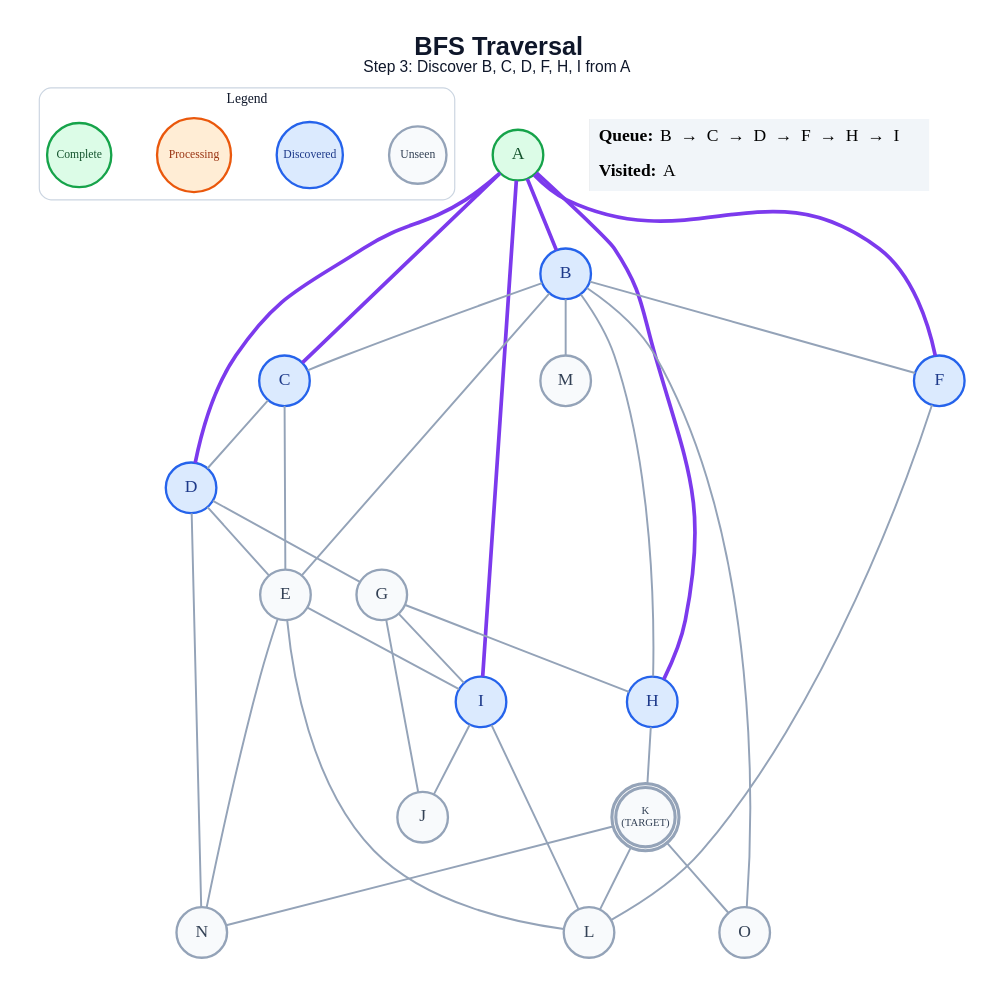
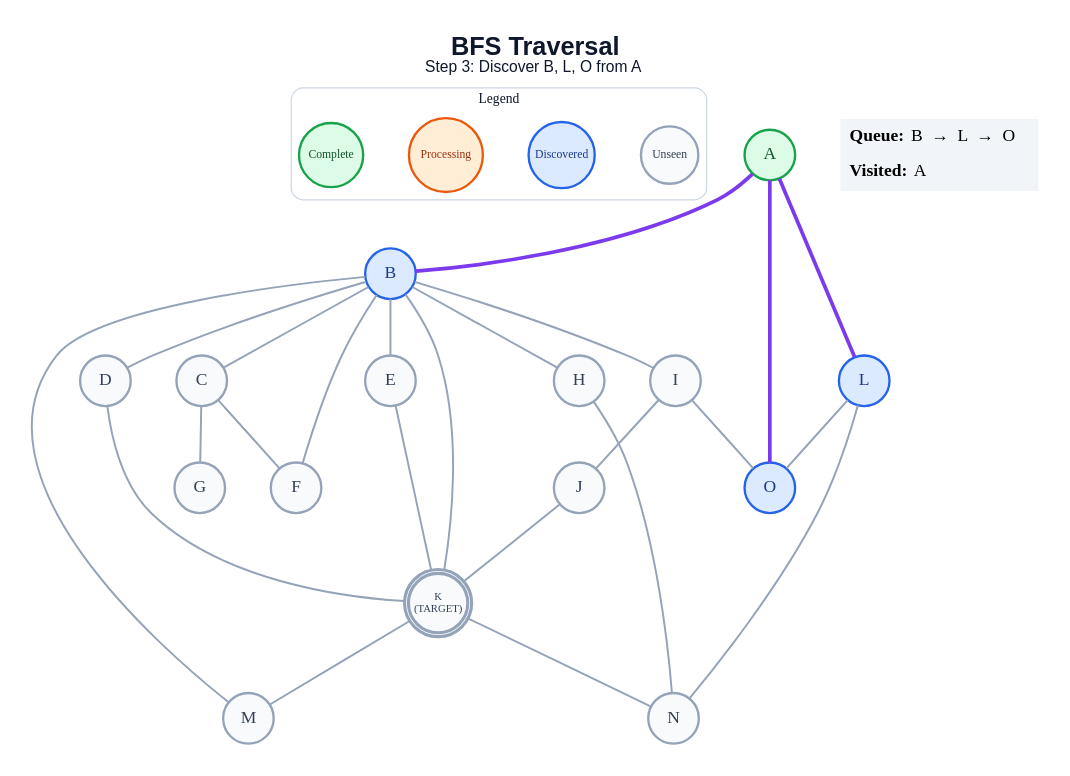
Before and after one commit to anon7238593-create/ai-slop: the diagram in generated/bfs/step_03.dot, drawn with Graphviz. The commit also changed 289 other files, not shown here.

```diff
--- a/generated/bfs/step_03.dot
+++ b/generated/bfs/step_03.dot
@@ -1,64 +1,57 @@
 graph traversal {
   graph [layout=dot, rankdir=TB, bgcolor="#FFFFFF", pad="0.35", nodesep="0.65", ranksep="0.8", fontname="Arial"];
   node [shape=circle, style="filled", fontname="Arial Bold", fontsize=18, width=0.72, fixedsize=true, penwidth=2.4];
   edge [color="#94A3B8", penwidth=2.0];
-  label=<<B>BFS Traversal</B><BR/><FONT POINT-SIZE="16">Step 3: Discover B, C, D, F, H, I from A</FONT>>; labelloc="t"; fontsize=26; fontname="Arial"; fontcolor="#0F172A";
+  label=<<B>BFS Traversal</B><BR/><FONT POINT-SIZE="16">Step 3: Discover B, L, O from A</FONT>>; labelloc="t"; fontsize=26; fontname="Arial"; fontcolor="#0F172A";
   subgraph cluster_legend { label="Legend"; color="#CBD5E1"; penwidth=1.2; style="rounded"; fontsize=14; fontname="Arial Bold";
     key_unseen [label="Unseen", fillcolor="#F8FAFC", color="#94A3B8", fontcolor="#334155", fontsize=12, width=0.82];
     key_frontier [label="Discovered", fillcolor="#DBEAFE", color="#2563EB", fontcolor="#1E3A8A", fontsize=12, width=0.95];
     key_current [label="Processing", fillcolor="#FFEDD5", color="#EA580C", fontcolor="#9A3412", fontsize=12, width=1.05];
     key_done [label="Complete", fillcolor="#DCFCE7", color="#16A34A", fontcolor="#14532D", fontsize=12, width=0.92];
     { rank=same; key_unseen; key_frontier; key_current; key_done; }
   }
   A [label="A", fillcolor="#DCFCE7", color="#16A34A", fontcolor="#14532D", peripheries=1, penwidth=2.4];
   B [label="B", fillcolor="#DBEAFE", color="#2563EB", fontcolor="#1E3A8A", peripheries=1, penwidth=2.4];
-  C [label="C", fillcolor="#DBEAFE", color="#2563EB", fontcolor="#1E3A8A", peripheries=1, penwidth=2.4];
-  D [label="D", fillcolor="#DBEAFE", color="#2563EB", fontcolor="#1E3A8A", peripheries=1, penwidth=2.4];
+  C [label="C", fillcolor="#F8FAFC", color="#94A3B8", fontcolor="#334155", peripheries=1, penwidth=2.4];
+  D [label="D", fillcolor="#F8FAFC", color="#94A3B8", fontcolor="#334155", peripheries=1, penwidth=2.4];
   E [label="E", fillcolor="#F8FAFC", color="#94A3B8", fontcolor="#334155", peripheries=1, penwidth=2.4];
-  F [label="F", fillcolor="#DBEAFE", color="#2563EB", fontcolor="#1E3A8A", peripheries=1, penwidth=2.4];
+  F [label="F", fillcolor="#F8FAFC", color="#94A3B8", fontcolor="#334155", peripheries=1, penwidth=2.4];
   G [label="G", fillcolor="#F8FAFC", color="#94A3B8", fontcolor="#334155", peripheries=1, penwidth=2.4];
-  H [label="H", fillcolor="#DBEAFE", color="#2563EB", fontcolor="#1E3A8A", peripheries=1, penwidth=2.4];
-  I [label="I", fillcolor="#DBEAFE", color="#2563EB", fontcolor="#1E3A8A", peripheries=1, penwidth=2.4];
+  H [label="H", fillcolor="#F8FAFC", color="#94A3B8", fontcolor="#334155", peripheries=1, penwidth=2.4];
+  I [label="I", fillcolor="#F8FAFC", color="#94A3B8", fontcolor="#334155", peripheries=1, penwidth=2.4];
   J [label="J", fillcolor="#F8FAFC", color="#94A3B8", fontcolor="#334155", peripheries=1, penwidth=2.4];
   K [label="K\n(TARGET)", fillcolor="#F8FAFC", color="#94A3B8", fontcolor="#334155", peripheries=2, penwidth=3.2, fontsize=11, width=0.85, height=0.85];
-  L [label="L", fillcolor="#F8FAFC", color="#94A3B8", fontcolor="#334155", peripheries=1, penwidth=2.4];
+  L [label="L", fillcolor="#DBEAFE", color="#2563EB", fontcolor="#1E3A8A", peripheries=1, penwidth=2.4];
   M [label="M", fillcolor="#F8FAFC", color="#94A3B8", fontcolor="#334155", peripheries=1, penwidth=2.4];
   N [label="N", fillcolor="#F8FAFC", color="#94A3B8", fontcolor="#334155", peripheries=1, penwidth=2.4];
-  O [label="O", fillcolor="#F8FAFC", color="#94A3B8", fontcolor="#334155", peripheries=1, penwidth=2.4];
+  O [label="O", fillcolor="#DBEAFE", color="#2563EB", fontcolor="#1E3A8A", peripheries=1, penwidth=2.4];
   A -- B [color="#7C3AED", penwidth=3.8];
-  A -- C [color="#7C3AED", penwidth=3.8];
-  A -- D [color="#7C3AED", penwidth=3.8];
-  A -- F [color="#7C3AED", penwidth=3.8];
-  A -- H [color="#7C3AED", penwidth=3.8];
-  A -- I [color="#7C3AED", penwidth=3.8];
+  A -- L [color="#7C3AED", penwidth=3.8];
+  A -- O [color="#7C3AED", penwidth=3.8];
   B -- C;
+  B -- D;
   B -- E;
   B -- F;
   B -- H;
+  B -- I;
+  B -- K;
   B -- M;
-  B -- O;
-  C -- D;
-  C -- E;
-  D -- E;
-  D -- G;
-  D -- N;
-  E -- I;
-  E -- L;
-  E -- N;
-  F -- L;
-  G -- H;
-  G -- I;
-  G -- J;
-  H -- K;
+  C -- F;
+  C -- G;
+  D -- K;
+  E -- K;
+  H -- N;
   I -- J;
-  I -- L;
-  K -- L;
+  I -- O;
+  J -- K;
+  K -- M;
   K -- N;
-  K -- O;
+  L -- N;
+  L -- O;
   status [shape=plain, fixedsize=false, width=0, height=0, margin=0, label=<
     <TABLE BORDER="0" CELLBORDER="0" CELLPADDING="7" BGCOLOR="#F1F5F9">
-      <TR><TD ALIGN="LEFT"><B>Queue:</B> B  →  C  →  D  →  F  →  H  →  I</TD></TR>
+      <TR><TD ALIGN="LEFT"><B>Queue:</B> B  →  L  →  O</TD></TR>
       <TR><TD ALIGN="LEFT"><B>Visited:</B> A</TD></TR>
     </TABLE>
   >];
 }
```
